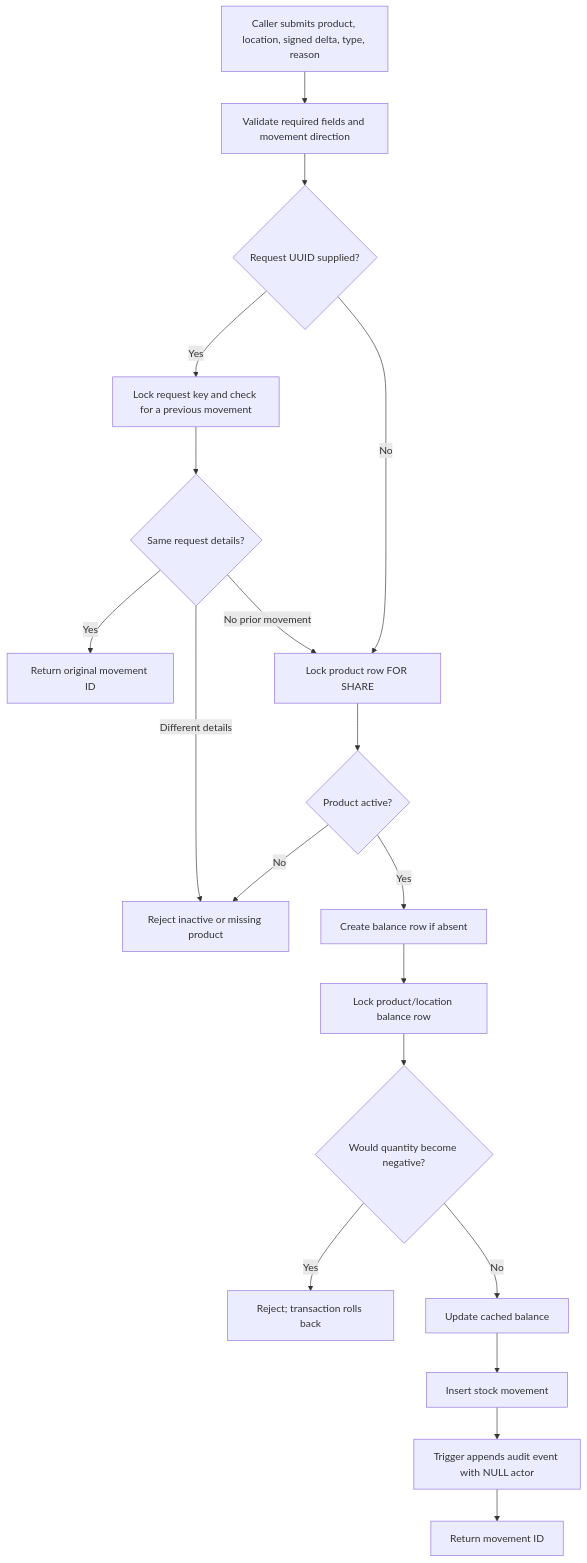
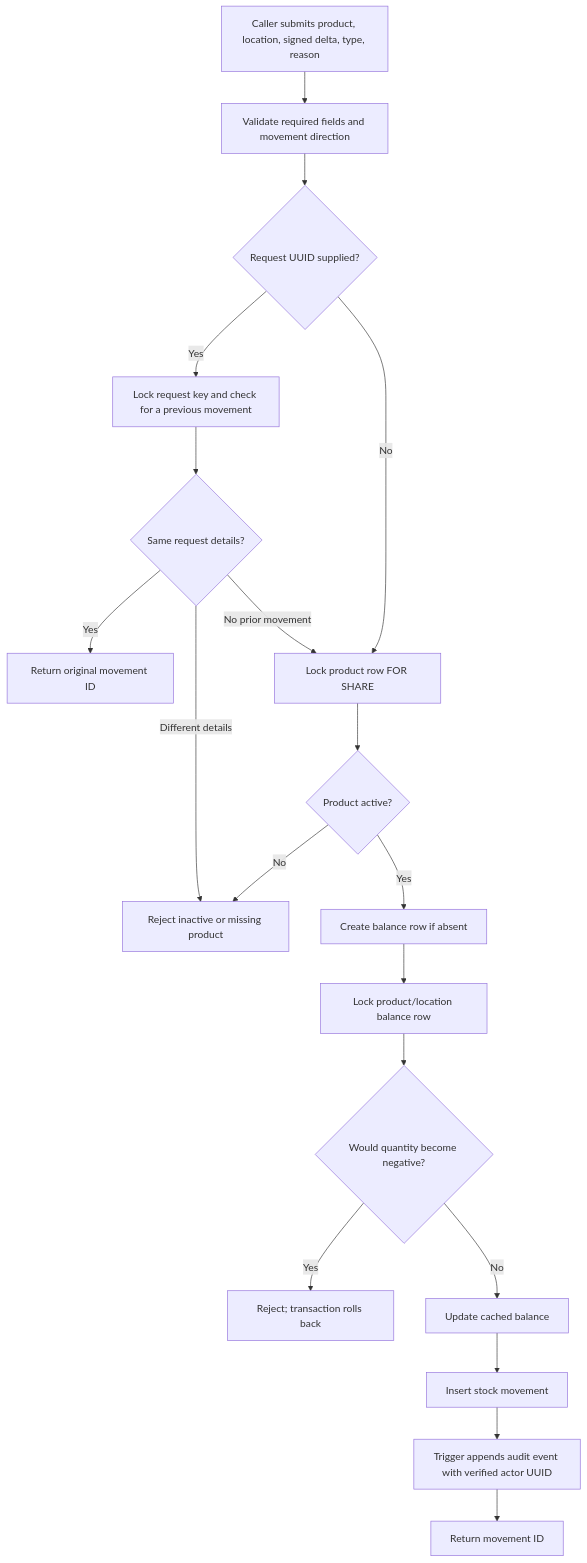
One commit to sysinfo7/Inventory_System changed the second of 2 diagrams in docs/EMPLOYER_DATABASE_DESIGN.md. Above: the diagram before and after it, drawn with Mermaid. The commit also changed other lines of this file and 39 other files, not shown here.

````diff
--- a/docs/EMPLOYER_DATABASE_DESIGN.md
+++ b/docs/EMPLOYER_DATABASE_DESIGN.md
@@ -102,21 +124,21 @@
 ```mermaid
 flowchart TD
     A[Caller submits product, location, signed delta, type, reason] --> B[Validate required fields and movement direction]
     B --> C{Request UUID supplied?}
     C -- Yes --> D[Lock request key and check for a previous movement]
     D --> E{Same request details?}
     E -- Yes --> F[Return original movement ID]
     E -- Different details --> X[Reject request-key reuse]
     E -- No prior movement --> G[Lock product row FOR SHARE]
     C -- No --> G
     G --> H{Product active?}
     H -- No --> X[Reject inactive or missing product]
     H -- Yes --> I[Create balance row if absent]
     I --> J[Lock product/location balance row]
     J --> K{Would quantity become negative?}
     K -- Yes --> L[Reject; transaction rolls back]
     K -- No --> M[Update cached balance]
     M --> N[Insert stock movement]
-    N --> O[Trigger appends audit event with NULL actor]
+    N --> O[Trigger appends audit event with verified actor UUID]
     O --> P[Return movement ID]
 ```
````
